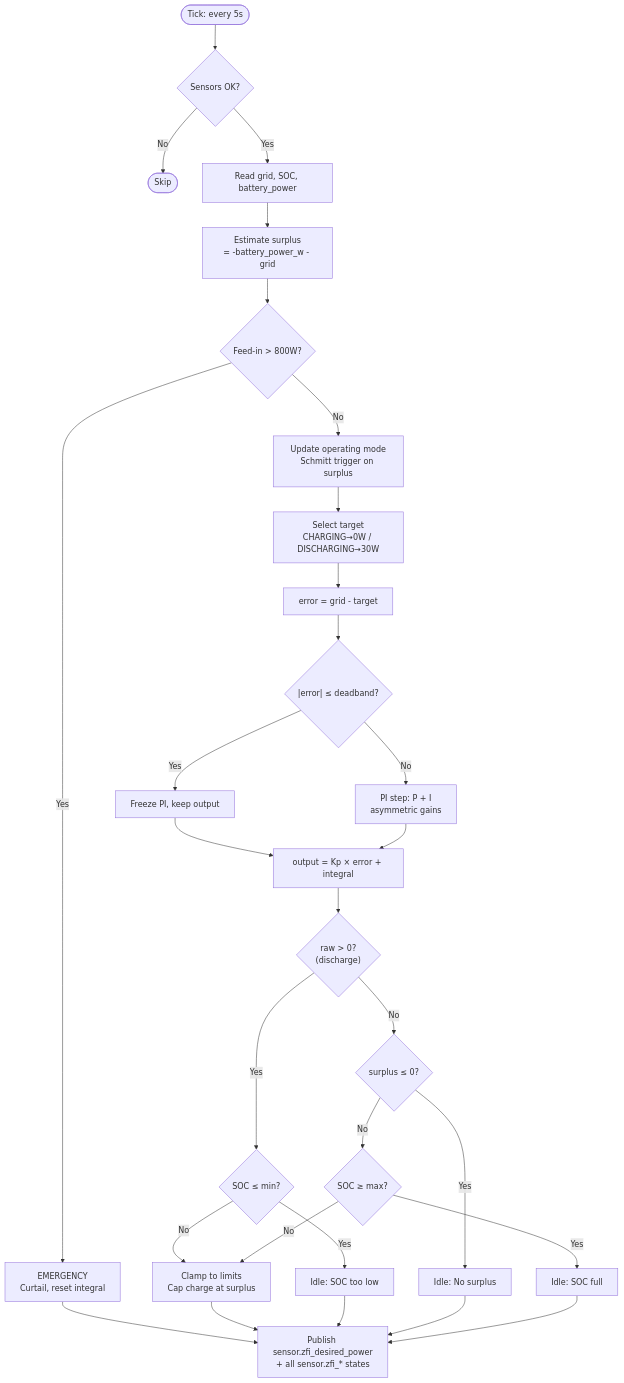
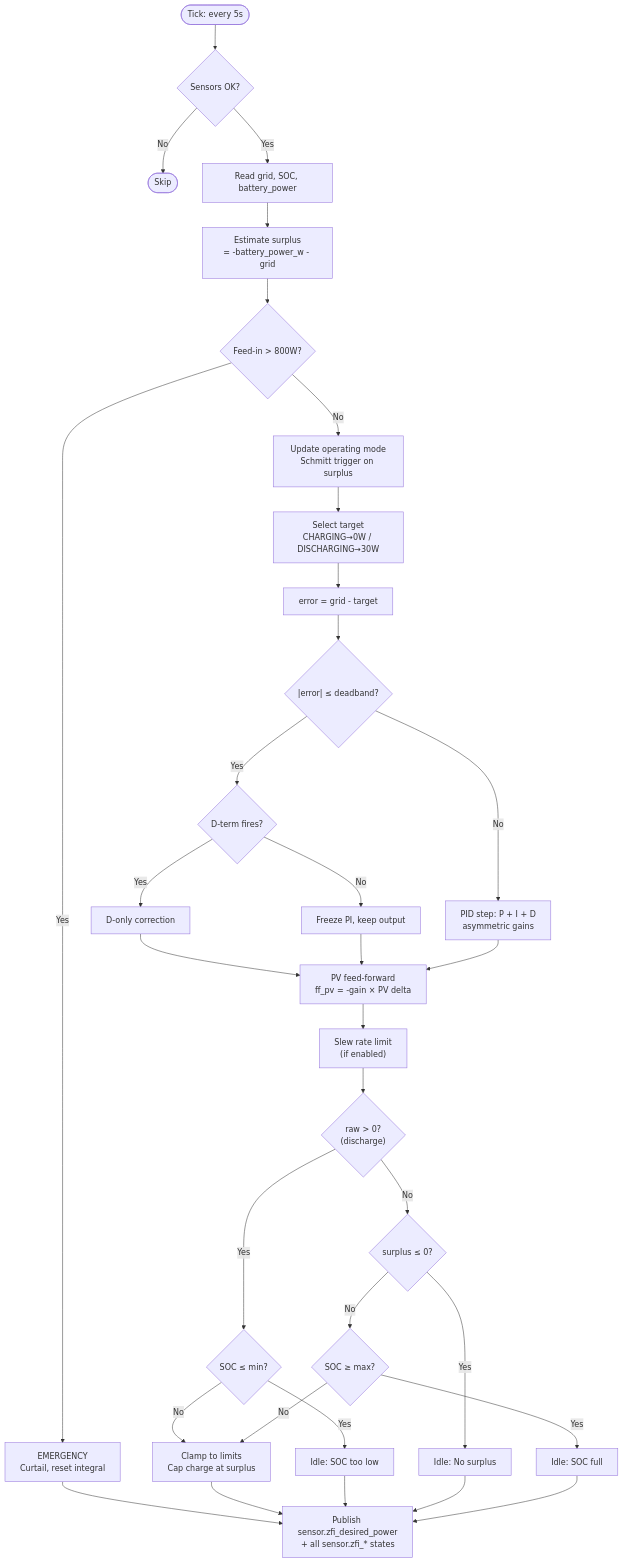
One commit to steffenruehl/ha-zero-feed-in changed the first of 3 diagrams in docs/zero_feed_in_docs.md. Above: the diagram before and after it, drawn with Mermaid. The commit also changed other lines of this file and 7 other files, not shown here.

First line of the commit message:
Add PID D-term, PV feed-forward, slew limiter, and CSV logging

````diff
--- a/docs/zero_feed_in_docs.md
+++ b/docs/zero_feed_in_docs.md
@@ -248,43 +272,48 @@
 ```mermaid
 flowchart TD
     A([Tick: every 5s]) --> B{Sensors OK?}
     B -- No --> Z([Skip])
     B -- Yes --> C[Read grid, SOC, battery_power]
 
     C --> D["Estimate surplus<br>= -battery_power_w - grid"]
 
     D --> E{Feed-in > 800W?}
     E -- Yes --> F["EMERGENCY<br>Curtail, reset integral"]
     F --> PUB
 
     E -- No --> G[Update operating mode<br>Schmitt trigger on surplus]
     G --> H[Select target<br>CHARGING→0W / DISCHARGING→30W]
     H --> I["error = grid - target"]
 
     I --> J{"|error| ≤ deadband?"}
-    J -- Yes --> K[Freeze PI, keep output]
-    J -- No --> L["PI step: P + I<br>asymmetric gains"]
+    J -- Yes --> K{"D-term fires?"}
+    K -- Yes --> K2["D-only correction"]
+    K -- No --> K3["Freeze PI, keep output"]
+    J -- No --> L["PID step: P + I + D<br>asymmetric gains"]
 
-    K --> M
-    L --> M["output = Kp × error + integral"]
+    K2 --> FF
+    K3 --> FF
+    L --> FF["PV feed-forward<br>ff_pv = -gain × PV delta"]
 
-    M --> N{"raw > 0?<br>(discharge)"}
+    FF --> SL["Slew rate limit<br>(if enabled)"]
+
+    SL --> N{"raw > 0?<br>(discharge)"}
     N -- Yes --> O{SOC ≤ min?}
     O -- Yes --> P["Idle: SOC too low"]
     O -- No --> CL
 
     N -- No --> R{surplus ≤ 0?}
     R -- Yes --> S["Idle: No surplus"]
     R -- No --> T{SOC ≥ max?}
     T -- Yes --> U["Idle: SOC full"]
     T -- No --> CL
 
     CL["Clamp to limits<br>Cap charge at surplus"]
 
     CL --> PUB
     P --> PUB
     S --> PUB
     U --> PUB
 
     PUB["Publish sensor.zfi_desired_power<br>+ all sensor.zfi_* states"]
 ```
````
